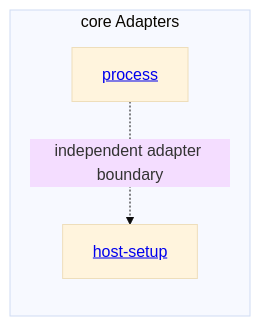
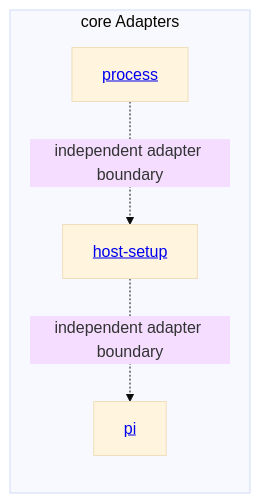
The diagram in core/adapters/as-is.md (abstract-business-systems/as-is), drawn with Mermaid (base theme) before and after one commit. The commit also changed other lines of this file and 9 other files, not shown here.

````diff
--- a/core/adapters/as-is.md
+++ b/core/adapters/as-is.md
@@ -22,9 +22,11 @@
 ```mermaid
 flowchart TB
     subgraph Adapters["core Adapters"]
         direction TB
         Process["<a href='./process/as-is.md#design'>process</a>"]
         HostSetup["<a href='./host-setup/as-is.md#design'>host-setup</a>"]
+        Pi["<a href='./pi/as-is.md#design'>pi</a>"]
         Process -.->|independent adapter boundary| HostSetup
+        HostSetup -.->|independent adapter boundary| Pi
     end
 ```
````
